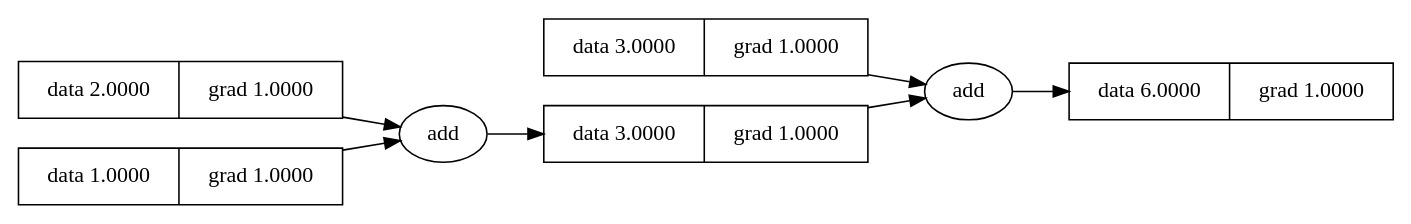
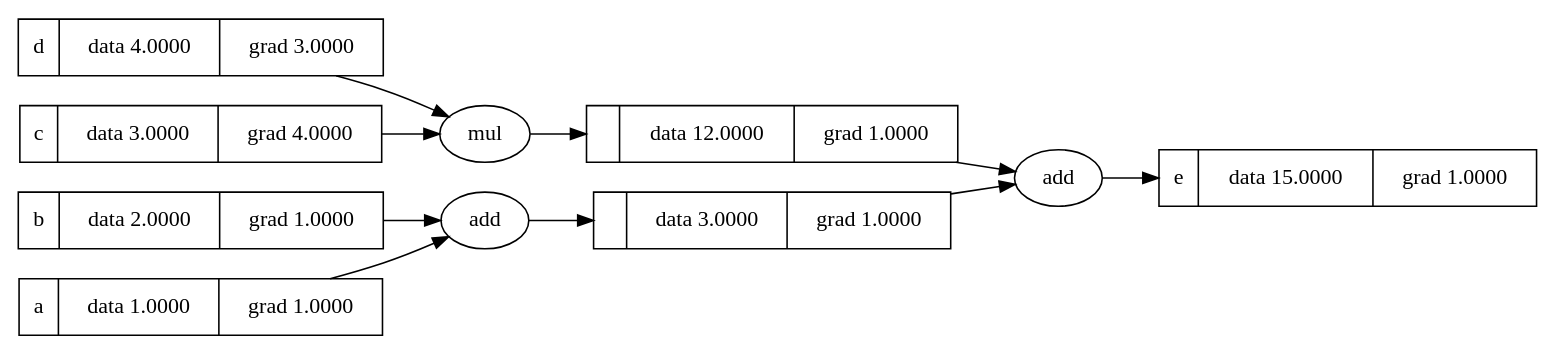
One commit to pacanada/nanograd changed the diagram in Digraph.gv. Above: the diagram before and after it, drawn with Graphviz. The commit also changed 3 other files, not shown here.

```diff
--- a/Digraph.gv
+++ b/Digraph.gv
@@ -1,16 +1,22 @@
 digraph {
 	graph [rankdir=LR]
-	2412439846976 [label="{ data 3.0000 | grad 1.0000 }" shape=record]
-	"2412439846976add" [label=add]
-	"2412439846976add" -> 2412439846976
-	2412439850624 [label="{ data 6.0000 | grad 1.0000 }" shape=record]
-	"2412439850624add" [label=add]
-	"2412439850624add" -> 2412439850624
-	2412439707872 [label="{ data 2.0000 | grad 1.0000 }" shape=record]
-	2412439707392 [label="{ data 3.0000 | grad 1.0000 }" shape=record]
-	2412439707920 [label="{ data 1.0000 | grad 1.0000 }" shape=record]
-	2412439707920 -> "2412439846976add"
-	2412439707392 -> "2412439850624add"
-	2412439846976 -> "2412439850624add"
-	2412439707872 -> "2412439846976add"
+	2336494109744 [label="{  | data 3.0000 | grad 1.0000 }" shape=record]
+	"2336494109744add" [label=add]
+	"2336494109744add" -> 2336494109744
+	2336494109600 [label="{ d | data 4.0000 | grad 3.0000 }" shape=record]
+	2336494902944 [label="{ e | data 15.0000 | grad 1.0000 }" shape=record]
+	"2336494902944add" [label=add]
+	"2336494902944add" -> 2336494902944
+	2336493965120 [label="{ b | data 2.0000 | grad 1.0000 }" shape=record]
+	2336493964688 [label="{ a | data 1.0000 | grad 1.0000 }" shape=record]
+	2336493965216 [label="{ c | data 3.0000 | grad 4.0000 }" shape=record]
+	2336494902752 [label="{  | data 12.0000 | grad 1.0000 }" shape=record]
+	"2336494902752mul" [label=mul]
+	"2336494902752mul" -> 2336494902752
+	2336493965120 -> "2336494109744add"
+	2336493965216 -> "2336494902752mul"
+	2336494902752 -> "2336494902944add"
+	2336493964688 -> "2336494109744add"
+	2336494109600 -> "2336494902752mul"
+	2336494109744 -> "2336494902944add"
 }
```
